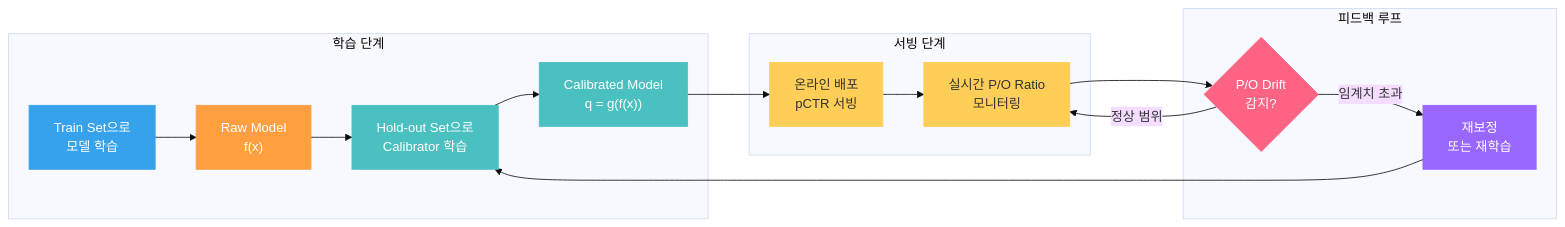
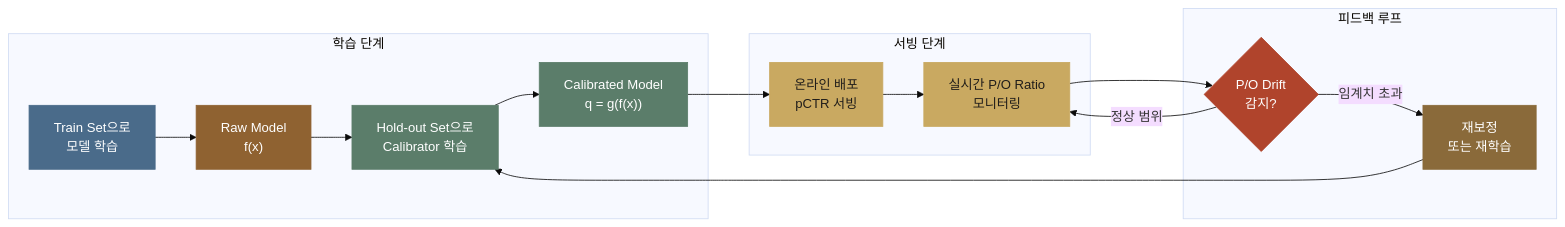
The second of 3 diagrams in posts/calibration.md (chkimsu/adtech-blog), drawn with Mermaid (base theme) before and after one commit. The commit also changed other lines of this file and 40 other files, not shown here.

````diff
--- a/posts/calibration.md
+++ b/posts/calibration.md
@@ -551,29 +551,29 @@
 ```mermaid
 graph LR
     subgraph Training["학습 단계"]
         TRAIN["Train Set으로<br/>모델 학습"] --> RAW["Raw Model<br/>f(x)"]
         RAW --> CAL["Hold-out Set으로<br/>Calibrator 학습"]
         CAL --> CALMODEL["Calibrated Model<br/>q = g(f(x))"]
     end
 
     subgraph Serving["서빙 단계"]
         CALMODEL --> DEPLOY["온라인 배포<br/>pCTR 서빙"]
         DEPLOY --> MONITOR["실시간 P/O Ratio<br/>모니터링"]
     end
 
     subgraph Feedback["피드백 루프"]
         MONITOR --> DRIFT{"P/O Drift<br/>감지?"}
         DRIFT -->|"임계치 초과"| RECAL["재보정<br/>또는 재학습"]
         DRIFT -->|"정상 범위"| MONITOR
         RECAL --> CAL
     end
 
-    style TRAIN fill:#36a2eb,stroke:#36a2eb,color:#fff
-    style RAW fill:#ff9f40,stroke:#ff9f40,color:#fff
-    style CAL fill:#4bc0c0,stroke:#4bc0c0,color:#fff
-    style CALMODEL fill:#4bc0c0,stroke:#4bc0c0,color:#fff
-    style DEPLOY fill:#ffce56,stroke:#ffce56,color:#333
-    style MONITOR fill:#ffce56,stroke:#ffce56,color:#333
-    style DRIFT fill:#ff6384,stroke:#ff6384,color:#fff
-    style RECAL fill:#9966ff,stroke:#9966ff,color:#fff
+    style TRAIN fill:#4a6b8a,stroke:#4a6b8a,color:#fff
+    style RAW fill:#8f6231,stroke:#8f6231,color:#fff
+    style CAL fill:#5b7d6a,stroke:#5b7d6a,color:#fff
+    style CALMODEL fill:#5b7d6a,stroke:#5b7d6a,color:#fff
+    style DEPLOY fill:#c9a961,stroke:#c9a961,color:#201d1a
+    style MONITOR fill:#c9a961,stroke:#c9a961,color:#201d1a
+    style DRIFT fill:#b0442c,stroke:#b0442c,color:#fff
+    style RECAL fill:#8a6a3a,stroke:#8a6a3a,color:#fff
 ```
````
